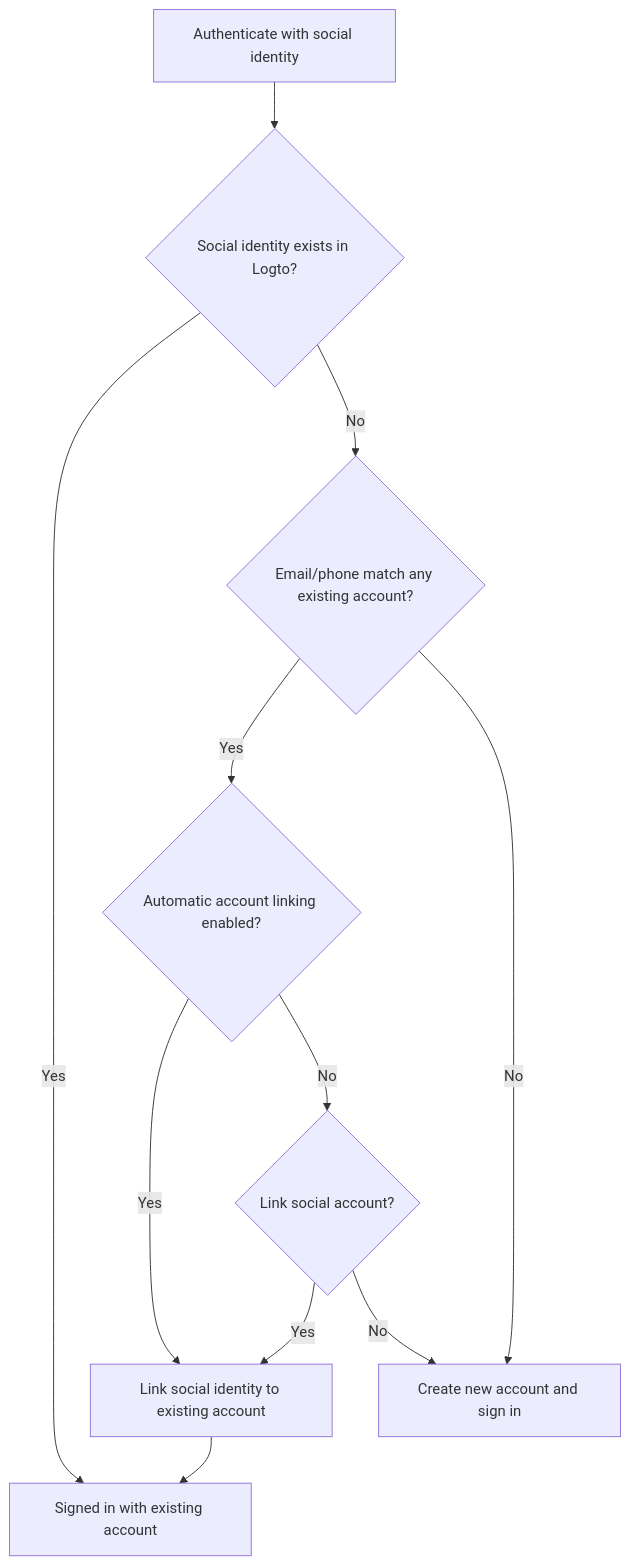
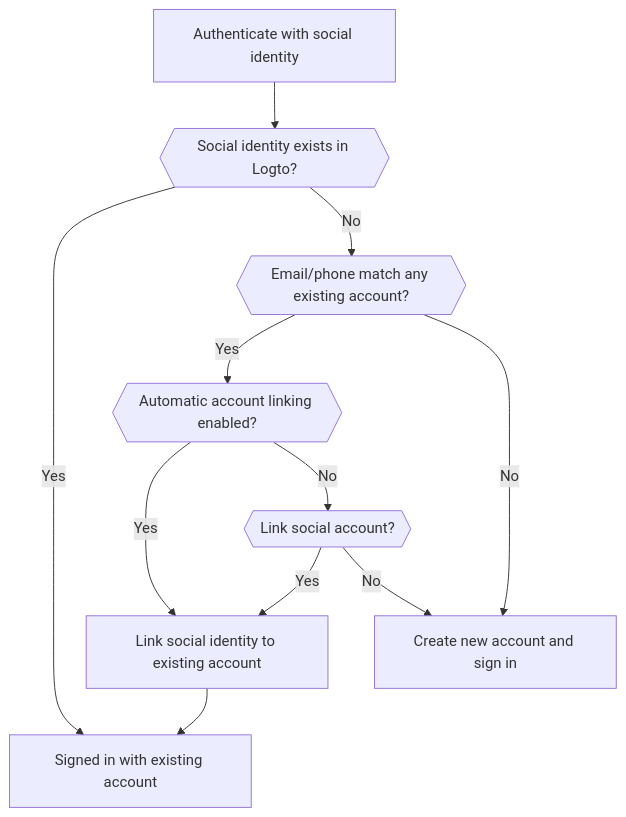
The third of 5 diagrams in docs/end-user-flows/sign-up-and-sign-in/social-sign-in.mdx (logto-io/docs), drawn with Mermaid before and after one commit. The commit also changed other lines of this file and 3 other files, not shown here.

First line of the commit message:
fix: update the mermaid flowchart

````diff
--- a/docs/end-user-flows/sign-up-and-sign-in/social-sign-in.mdx
+++ b/docs/end-user-flows/sign-up-and-sign-in/social-sign-in.mdx
@@ -99,13 +99,13 @@
     ```mermaid
     flowchart TD
-    A[Authenticate with social identity] --> B{Social identity exists in Logto?}
+    A[Authenticate with social identity] --> B{{Social identity exists in Logto?}}
     B -- Yes --> C[Signed in with existing account]
-    B -- No --> D{Email/phone match any existing account?}
-    D -- Yes --> E{Automatic account linking enabled?}
+    B -- No --> D{{Email/phone match any existing account?}}
+    D -- Yes --> E{{Automatic account linking enabled?}}
     E -- Yes --> G[Link social identity to existing account]
     G --> C
     D -- No --> H[Create new account and sign in]
-    E -- No --> I{Link social account?}
+    E -- No --> I{{Link social account?}}
     I -- Yes --> G
     I -- No --> H
     ```
````
